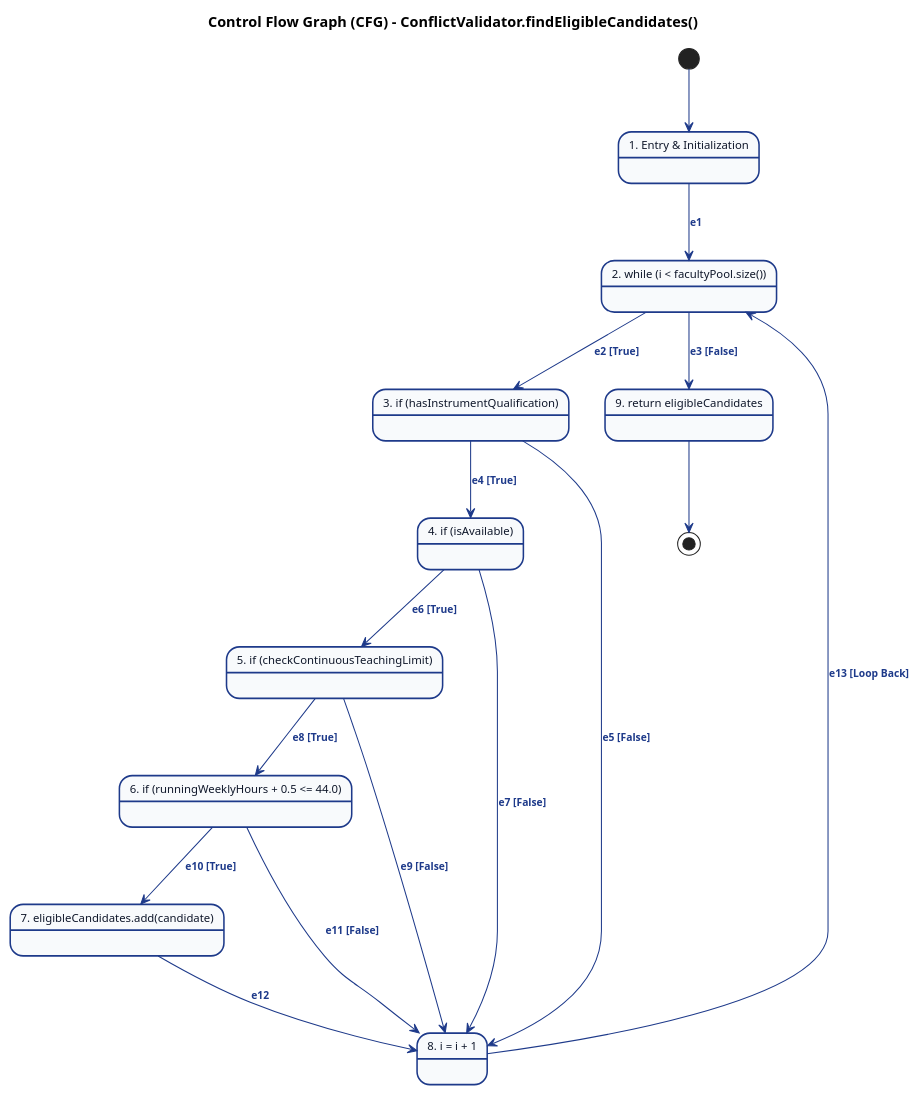
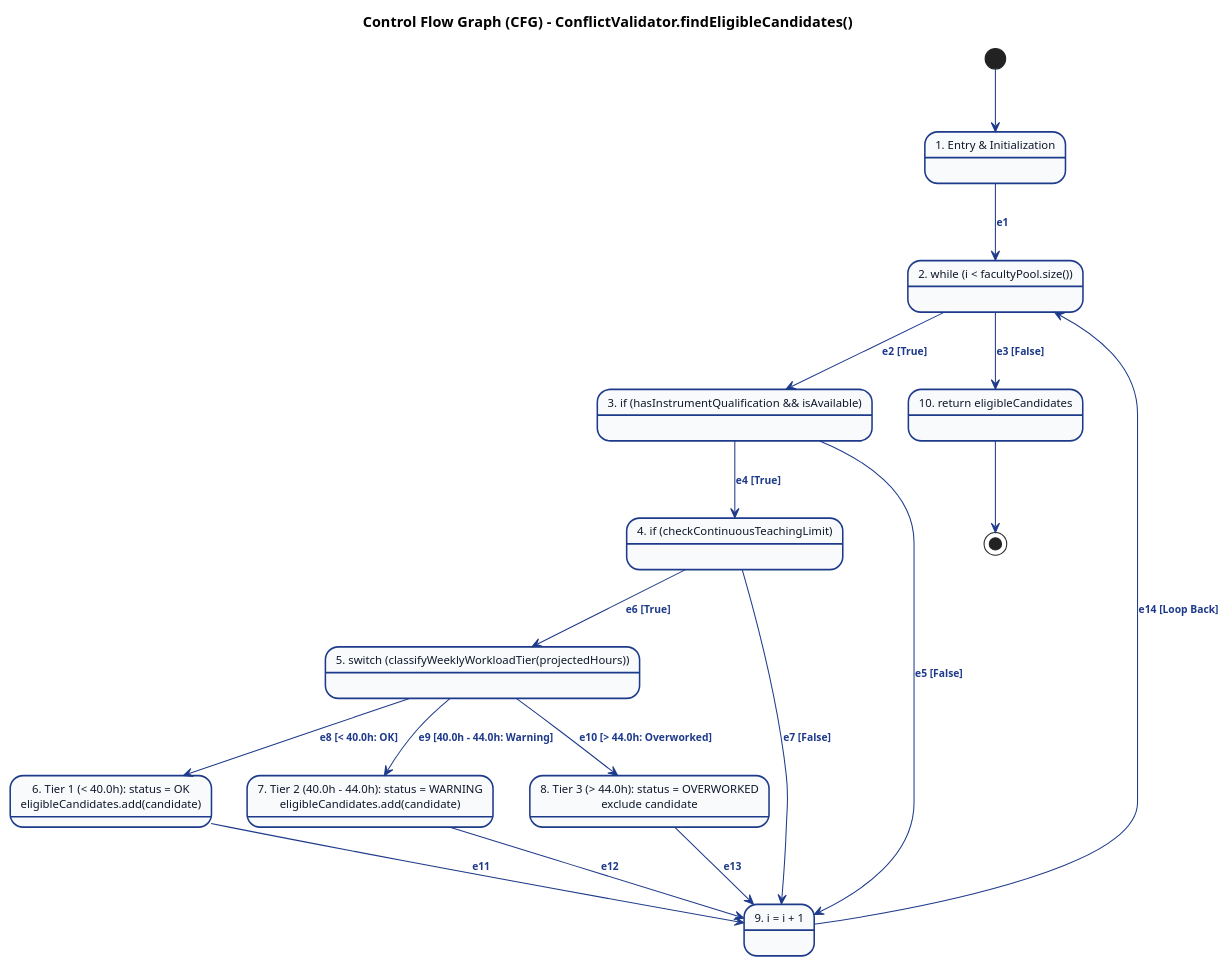
The diagram in report/assets/m2/whitebox_cfg.puml (adoreblvnk/2001temp), drawn with PlantUML before and after one commit. The commit also changed 11 other files, not shown here.

Commit message:
fix(m2): refine FR/NFR specifications, 3-tier workload CFG basis paths, and static wireframe docs

```diff
--- a/report/assets/m2/whitebox_cfg.puml
+++ b/report/assets/m2/whitebox_cfg.puml
@@ -1,49 +1,51 @@
 @startuml whitebox_cfg
 skinparam shadowing false
 skinparam defaultFontName "Helvetica", "Arial", sans-serif
 skinparam defaultFontSize 11
 
 skinparam state {
     BackgroundColor #F8FAFC
     BorderColor #1E3A8A
     BorderThickness 1.5
     FontColor #0F172A
     FontSize 11
 }
 
 skinparam arrow {
     Color #1E3A8A
     FontColor #1E3A8A
     FontSize 10
     FontStyle bold
 }
 
 title Control Flow Graph (CFG) - ConflictValidator.findEligibleCandidates()
 
 state "1. Entry & Initialization" as N1
 state "2. while (i < facultyPool.size())" as N2
-state "3. if (hasInstrumentQualification)" as N3
-state "4. if (isAvailable)" as N4
-state "5. if (checkContinuousTeachingLimit)" as N5
-state "6. if (runningWeeklyHours + 0.5 <= 44.0)" as N6
-state "7. eligibleCandidates.add(candidate)" as N7
-state "8. i = i + 1" as N8
-state "9. return eligibleCandidates" as N9
+state "3. if (hasInstrumentQualification && isAvailable)" as N3
+state "4. if (checkContinuousTeachingLimit)" as N4
+state "5. switch (classifyWeeklyWorkloadTier(projectedHours))" as N5
+state "6. Tier 1 (< 40.0h): status = OK\neligibleCandidates.add(candidate)" as N6
+state "7. Tier 2 (40.0h - 44.0h): status = WARNING\neligibleCandidates.add(candidate)" as N7
+state "8. Tier 3 (> 44.0h): status = OVERWORKED\nexclude candidate" as N8
+state "9. i = i + 1" as N9
+state "10. return eligibleCandidates" as N10
 
 [*] --> N1
 N1 --> N2 : e1
 N2 --> N3 : e2 [True]
-N2 --> N9 : e3 [False]
+N2 --> N10 : e3 [False]
 N3 --> N4 : e4 [True]
-N3 --> N8 : e5 [False]
+N3 --> N9 : e5 [False]
 N4 --> N5 : e6 [True]
-N4 --> N8 : e7 [False]
-N5 --> N6 : e8 [True]
-N5 --> N8 : e9 [False]
-N6 --> N7 : e10 [True]
-N6 --> N8 : e11 [False]
-N7 --> N8 : e12
-N8 --> N2 : e13 [Loop Back]
-N9 --> [*]
+N4 --> N9 : e7 [False]
+N5 --> N6 : e8 [< 40.0h: OK]
+N5 --> N7 : e9 [40.0h - 44.0h: Warning]
+N5 --> N8 : e10 [> 44.0h: Overworked]
+N6 --> N9 : e11
+N7 --> N9 : e12
+N8 --> N9 : e13
+N9 --> N2 : e14 [Loop Back]
+N10 --> [*]
 
 @enduml
```
